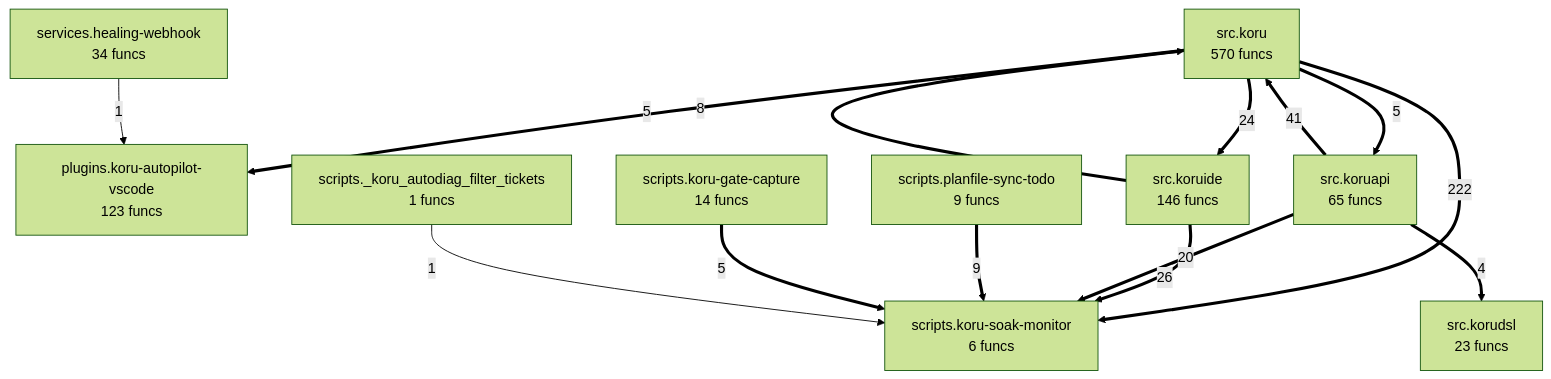
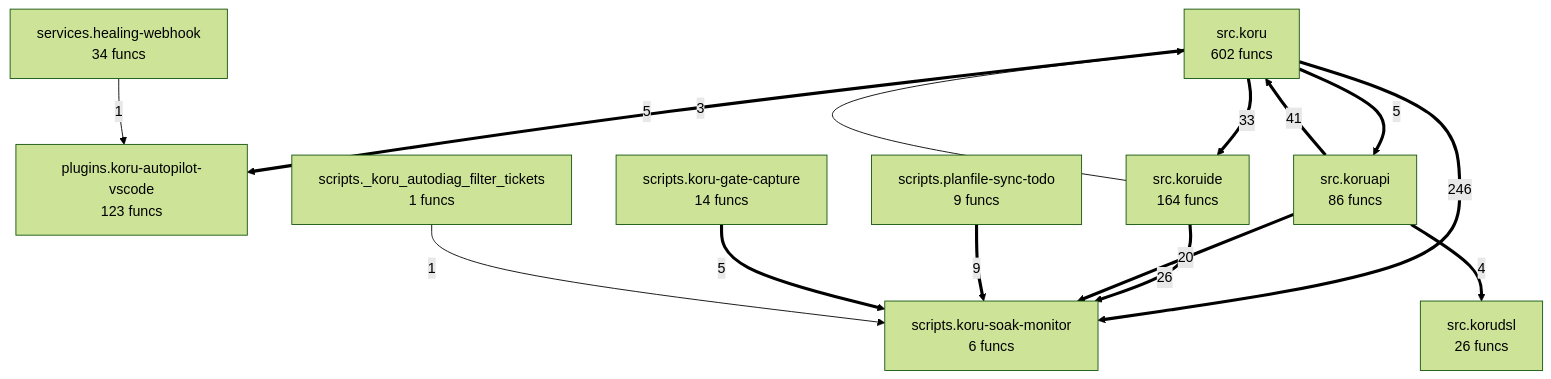
One commit to semcod/koru changed the diagram in project/compact_flow.mmd. Above: the diagram before and after it, drawn with Mermaid (forest theme). The commit also changed 69 other files, not shown here.

```diff
--- a/project/compact_flow.mmd
+++ b/project/compact_flow.mmd
@@ -1,25 +1,25 @@
 flowchart TD
-%% generated in 0.03s
+%% generated in 0.05s
     plugins__koru_autopilot_vscode["plugins.koru-autopilot-vscode<br/>123 funcs"]
     scripts___koru_autodiag_filter_tickets["scripts._koru_autodiag_filter_tickets<br/>1 funcs"]
     scripts__koru_gate_capture["scripts.koru-gate-capture<br/>14 funcs"]
     scripts__koru_soak_monitor["scripts.koru-soak-monitor<br/>6 funcs"]
     scripts__planfile_sync_todo["scripts.planfile-sync-todo<br/>9 funcs"]
     services__healing_webhook["services.healing-webhook<br/>34 funcs"]
-    src__koru["src.koru<br/>570 funcs"]
-    src__koruapi["src.koruapi<br/>65 funcs"]
-    src__korudsl["src.korudsl<br/>23 funcs"]
-    src__koruide["src.koruide<br/>146 funcs"]
-    src__koru ==>|222| scripts__koru_soak_monitor
+    src__koru["src.koru<br/>602 funcs"]
+    src__koruapi["src.koruapi<br/>86 funcs"]
+    src__korudsl["src.korudsl<br/>26 funcs"]
+    src__koruide["src.koruide<br/>164 funcs"]
+    src__koru ==>|246| scripts__koru_soak_monitor
     src__koruapi ==>|41| src__koru
+    src__koru ==>|33| src__koruide
     src__koruide ==>|26| scripts__koru_soak_monitor
-    src__koru ==>|24| src__koruide
     src__koruapi ==>|20| scripts__koru_soak_monitor
     scripts__planfile_sync_todo ==>|9| scripts__koru_soak_monitor
-    src__koruide ==>|8| src__koru
     src__koru ==>|5| plugins__koru_autopilot_vscode
+    src__koru ==>|5| src__koruapi
     scripts__koru_gate_capture ==>|5| scripts__koru_soak_monitor
-    src__koru ==>|5| src__koruapi
     src__koruapi ==>|4| src__korudsl
+    src__koruide -->|3| src__koru
     services__healing_webhook -->|1| plugins__koru_autopilot_vscode
     scripts___koru_autodiag_filter_tickets -->|1| scripts__koru_soak_monitor
```
